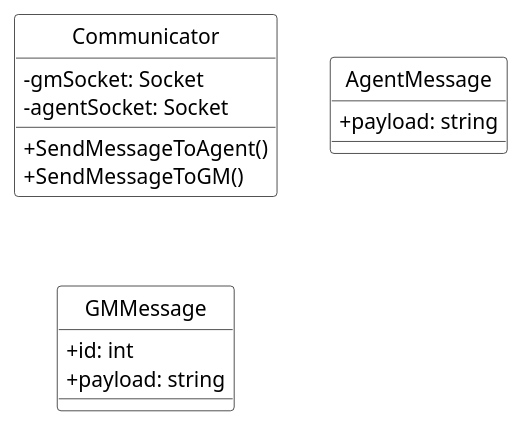
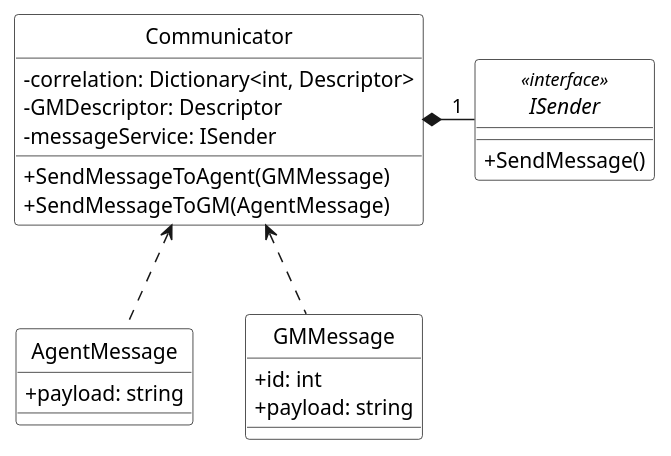
Before and after one commit to MINI-IO/IO-project-game: the diagram in UML/ClassDiagram/Communicator.puml, drawn with PlantUML. The commit also changed 3 other files, not shown here.

Commit message:
Add cs class diagram

```diff
--- a/UML/ClassDiagram/Communicator.puml
+++ b/UML/ClassDiagram/Communicator.puml
@@ -1,27 +1,35 @@
 @startuml
 skinparam shadowing false
 skinparam monochrome true
 skinparam classAttributeIconSize 0
 hide circles
 
 skinparam class {
 BackgroundColor white
 }
 
+Communicator <.. AgentMessage
+Communicator <.. GMMessage
+Communicator *-right-"1" ISender
+
 class Communicator {
-- gmSocket: Socket
-- agentSocket: Socket
-
-+ SendMessageToAgent()
-+ SendMessageToGM()
+- correlation: Dictionary<int, Descriptor>
+- GMDescriptor: Descriptor
+- messageService: ISender
++ SendMessageToAgent(GMMessage)
++ SendMessageToGM(AgentMessage)
 }
 
 class AgentMessage {
 + payload: string
 }
 
 class GMMessage {
 + id: int
 + payload: string
 }
+
+interface ISender  <<interface>> {
++ SendMessage()
+}
 @enduml
```
